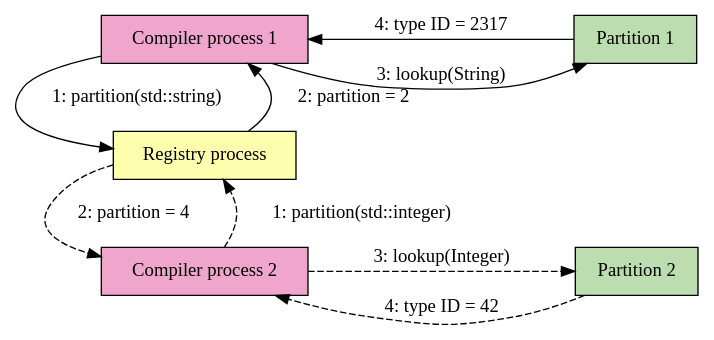
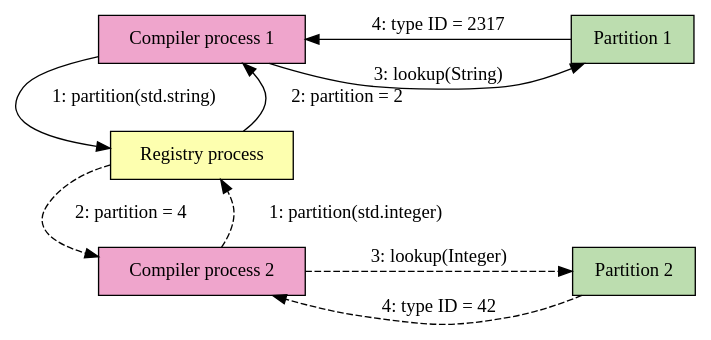
Before and after one commit to inko-lang/website: the diagram in source/images/september-2019-progress-report/parallel.dot, drawn with Graphviz. The commit also changed 9 other files, not shown here.

```diff
--- a/source/images/september-2019-progress-report/parallel.dot
+++ b/source/images/september-2019-progress-report/parallel.dot
@@ -1,28 +1,28 @@
 digraph Flow {
     node[shape=box]
     graph[nodesep=1]
 
     "Compiler process 1"[fillcolor="#EFA5CC" style=filled]
     "Compiler process 2"[fillcolor="#EFA5CC" style=filled]
     "Partition 1"[fillcolor="#BCDDAF" style=filled]
     "Partition 2"[fillcolor="#BCDDAF" style=filled]
     "Registry process"[fillcolor="#FDFFAF" style=filled]
 
     subgraph process_1 {
         {rank=same "Compiler process 1" "Partition 1"}
 
-        "Compiler process 1" -> "Registry process"[label=" 1: partition(std::string)"]
+        "Compiler process 1" -> "Registry process"[label=" 1: partition(std.string)"]
         "Registry process" -> "Compiler process 1"[label="  2: partition = 2"]
         "Compiler process 1" -> "Partition 1"[label="\n3: lookup(String)"]
         "Partition 1" -> "Compiler process 1"[label="4: type ID = 2317"]
     }
 
     subgraph process_2 {
         {rank=same "Compiler process 2" "Partition 2"}
 
-        "Compiler process 2" -> "Registry process"[label="  1: partition(std::integer)" style=dashed]
+        "Compiler process 2" -> "Registry process"[label="  1: partition(std.integer)" style=dashed]
         "Registry process" -> "Compiler process 2"[label="  2: partition = 4" style=dashed]
         "Compiler process 2" -> "Partition 2"[label="3: lookup(Integer)" style=dashed]
         "Partition 2" -> "Compiler process 2"[label="\n4: type ID = 42" style=dashed]
     }
 }
```
